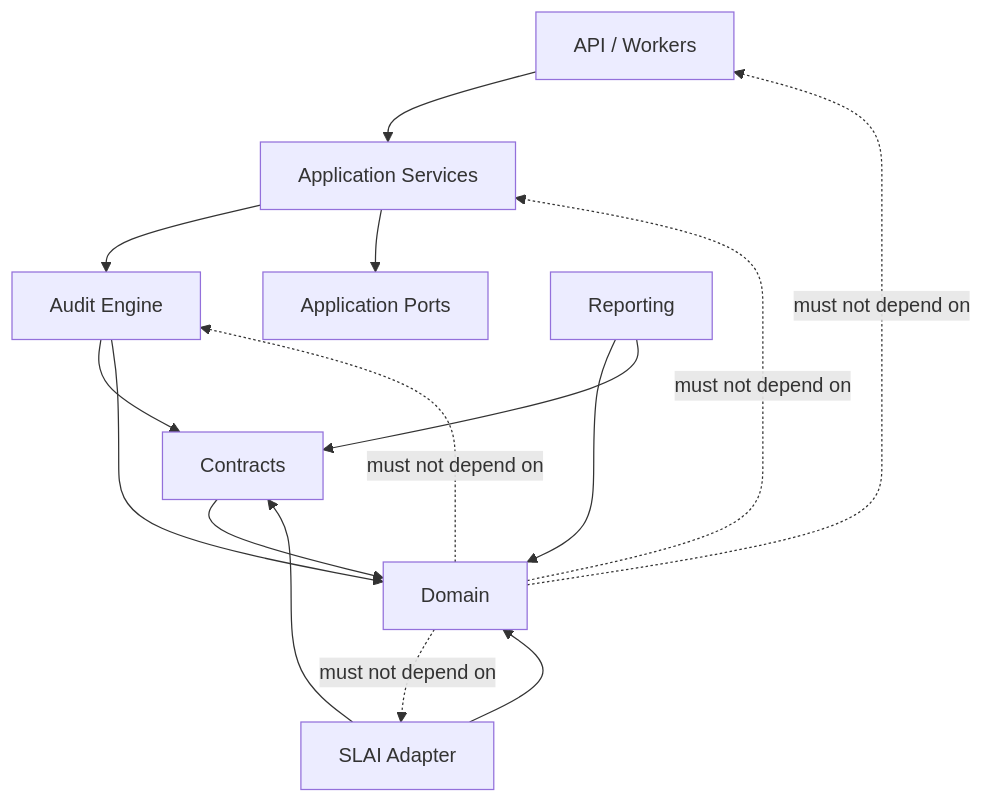
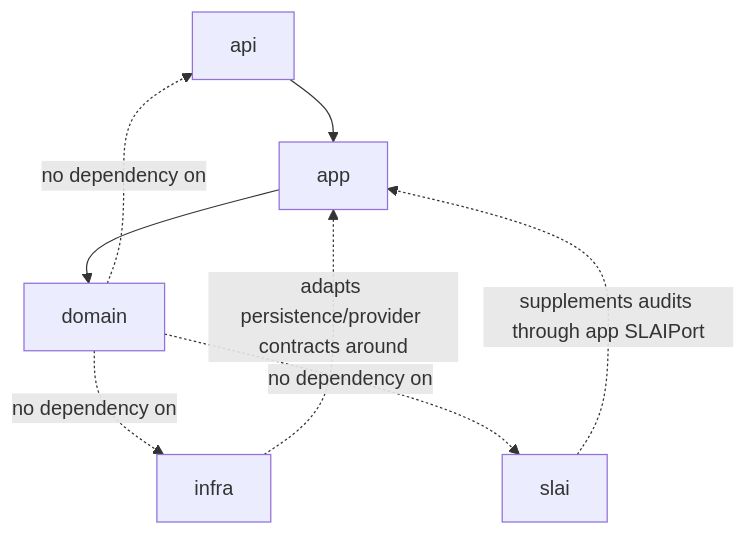
Before and after one commit to The-Outsider-97/bimap: the diagram in domain/README.md, drawn with Mermaid. The commit also changed other lines of this file, not shown here.

````diff
--- a/domain/README.md
+++ b/domain/README.md
@@ -71,18 +31,16 @@
 ```mermaid
 flowchart TB
-    API[API / Workers] --> APP[Application Services]
-    APP --> ENGINE[Audit Engine]
-    APP --> PORTS[Application Ports]
-    ENGINE --> CONTRACTS[Contracts]
-    ENGINE --> DOMAIN[Domain]
-    CONTRACTS --> DOMAIN
-    REPORTING[Reporting] --> DOMAIN
-    REPORTING --> CONTRACTS
-    SLAI[SLAI Adapter] --> DOMAIN
-    SLAI --> CONTRACTS
+    API[api]
+    APP[app]
+    DOM[domain]
+    INFRA[infra]
+    SLAI[slai]
 
-    DOMAIN -. must not depend on .-> API
-    DOMAIN -. must not depend on .-> APP
-    DOMAIN -. must not depend on .-> ENGINE
-    DOMAIN -. must not depend on .-> SLAI
+    API --> APP --> DOM
+    INFRA -. adapts persistence/provider contracts around .-> APP
+    SLAI -. supplements audits through app SLAIPort .-> APP
+
+    DOM -. no dependency on .-> API
+    DOM -. no dependency on .-> INFRA
+    DOM -. no dependency on .-> SLAI
 ```
````
